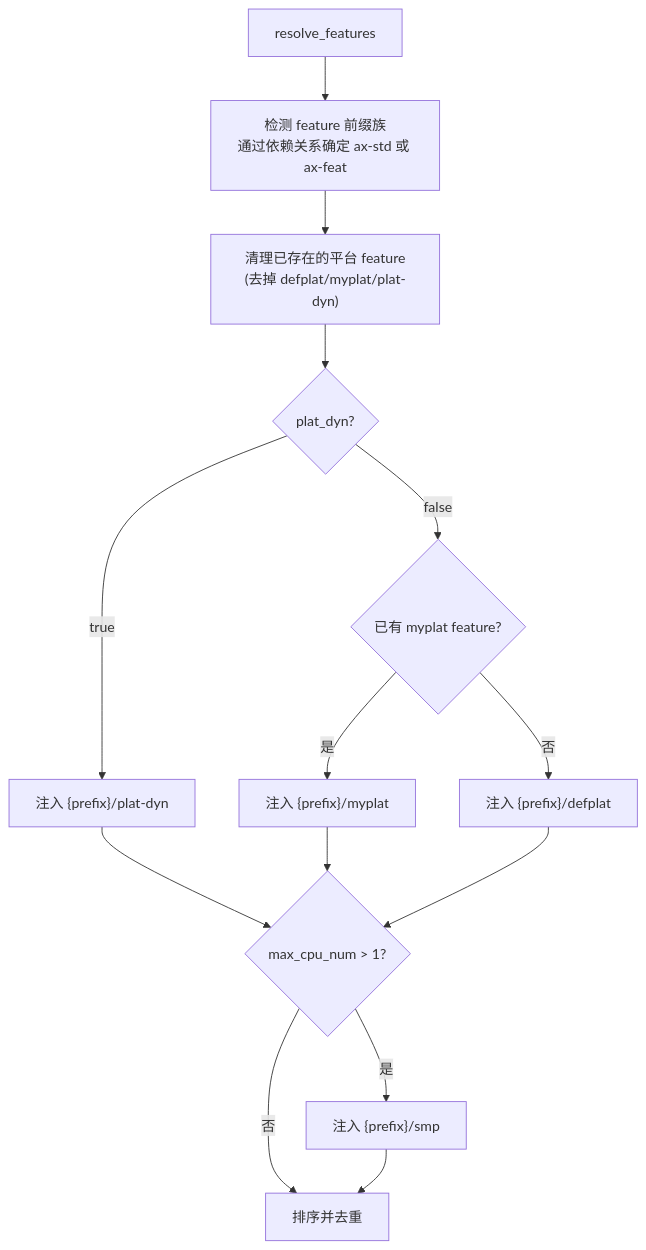
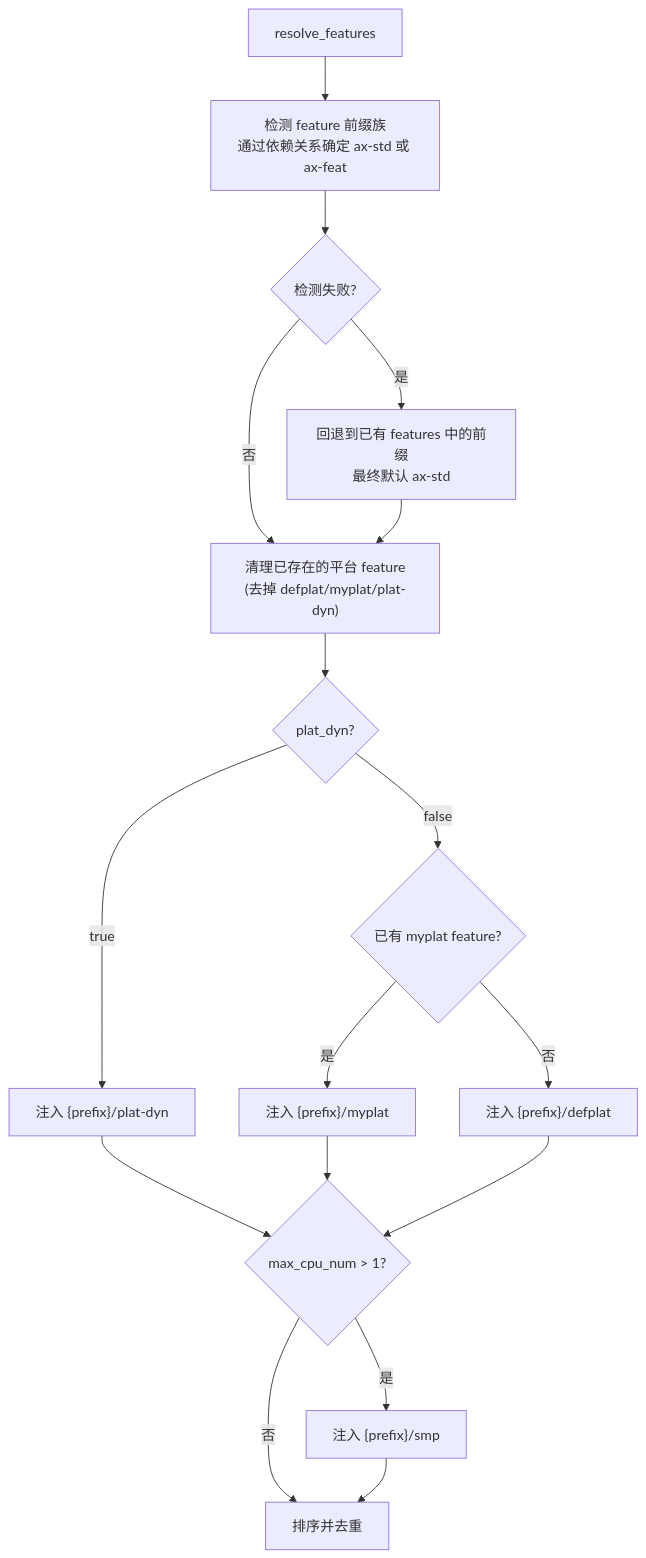
Before and after one commit to zKurisu/tgoskits: the fourth of 6 diagrams in docs/docs/build/build.md, drawn with Mermaid. The commit also changed other lines of this file and 9 other files, not shown here.

````diff
--- a/docs/docs/build/build.md
+++ b/docs/docs/build/build.md
@@ -100,16 +142,19 @@
 ```mermaid
 flowchart TD
     A[resolve_features] --> B["检测 feature 前缀族<br/>通过依赖关系确定 ax-std 或 ax-feat"]
-    B --> C["清理已存在的平台 feature<br/>(去掉 defplat/myplat/plat-dyn)"]
+    B --> B1{检测失败?}
+    B1 -->|是| B2["回退到已有 features 中的前缀<br/>最终默认 ax-std"]
+    B1 -->|否| C["清理已存在的平台 feature<br/>(去掉 defplat/myplat/plat-dyn)"]
+    B2 --> C
     C --> D{plat_dyn?}
     D -->|true| E["注入 {prefix}/plat-dyn"]
     D -->|false| F{已有 myplat feature?}
     F -->|是| G["注入 {prefix}/myplat"]
     F -->|否| H["注入 {prefix}/defplat"]
     E --> I{max_cpu_num > 1?}
     G --> I
     H --> I
     I -->|是| J["注入 {prefix}/smp"]
     I -->|否| K["排序并去重"]
     J --> K
 ```
````
